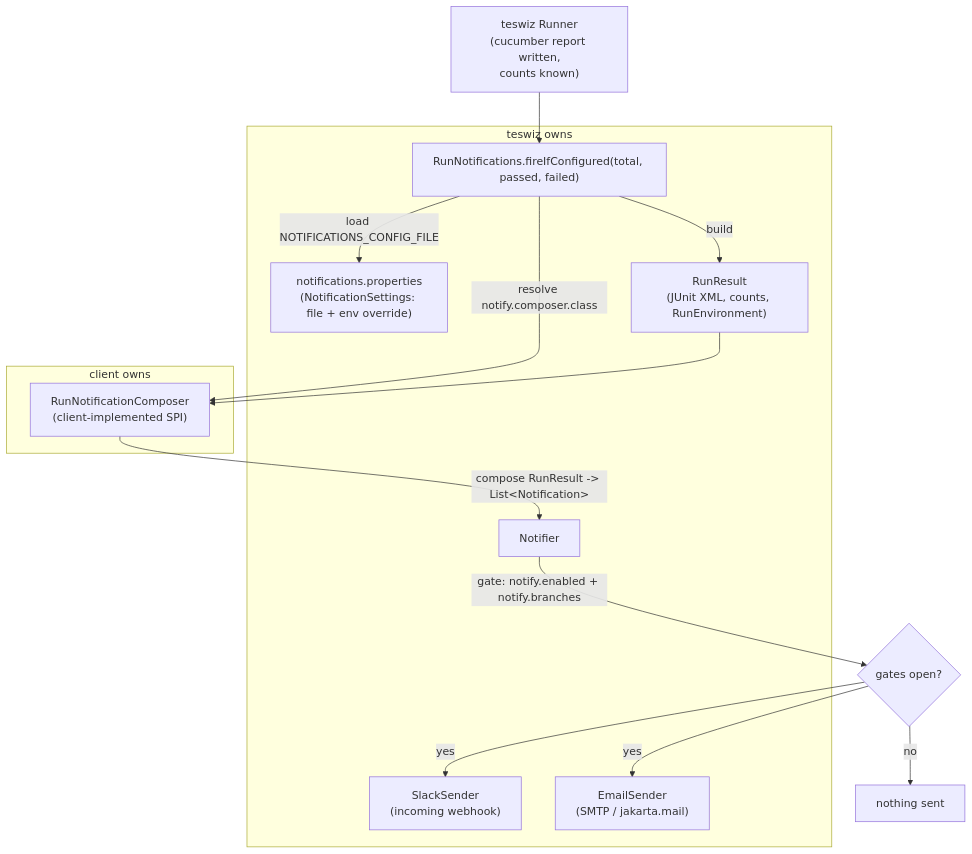
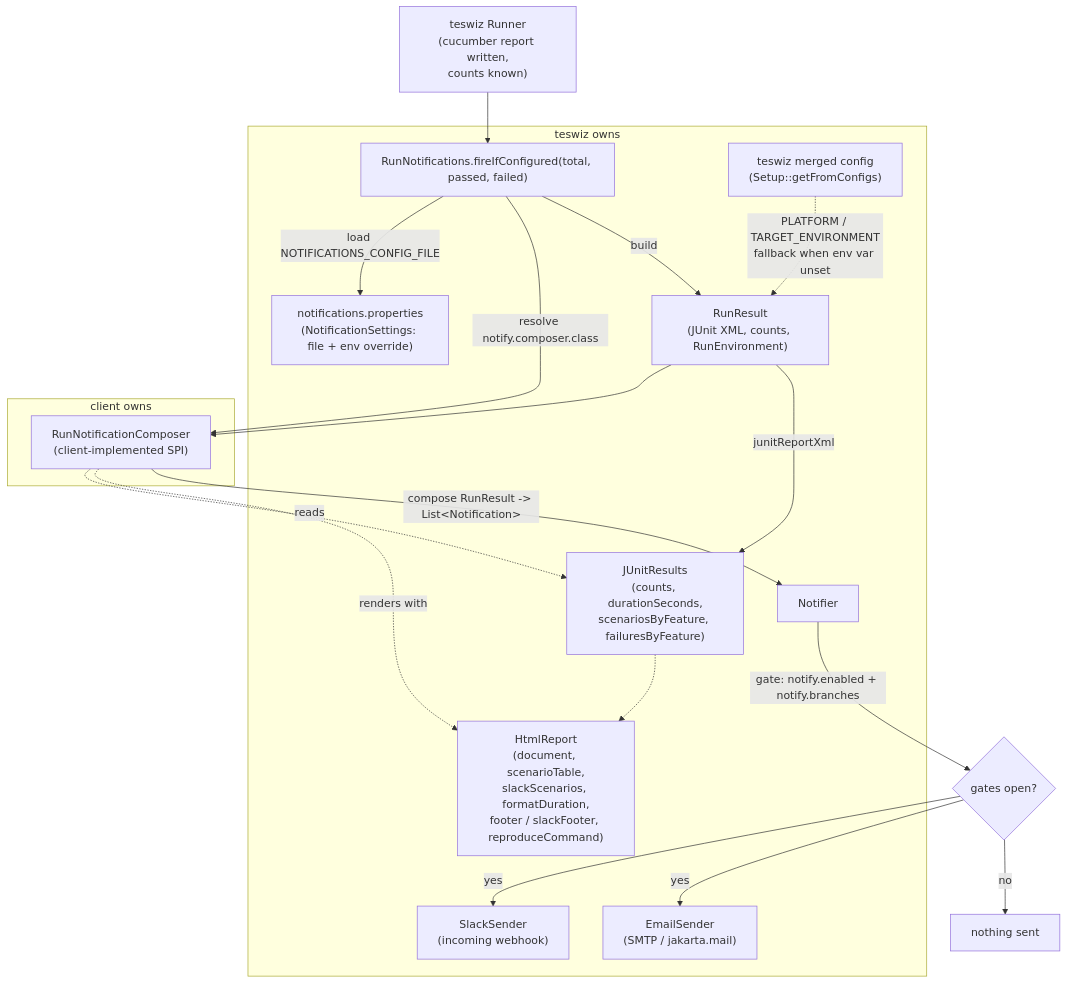
One commit to anandbagmar/teswiz changed the diagram in docs/subsystems/run-notifications.md. Above: the diagram before and after it, drawn with Mermaid. The commit also changed other lines of this file and 4 other files, not shown here.

First line of the commit message:
Update docs and diagrams for 1.0.47 and 1.0.48 changes

````diff
--- a/docs/subsystems/run-notifications.md
+++ b/docs/subsystems/run-notifications.md
@@ -24,25 +24,33 @@
 ```mermaid
 flowchart TD
     RUN["teswiz Runner\n(cucumber report written,\ncounts known)"] --> FIRE["RunNotifications.fireIfConfigured(total, passed, failed)"]
     FIRE -->|load NOTIFICATIONS_CONFIG_FILE| SET["notifications.properties\n(NotificationSettings: file + env override)"]
     FIRE -->|resolve notify.composer.class| COMP["RunNotificationComposer\n(client-implemented SPI)"]
     FIRE -->|build| RR["RunResult\n(JUnit XML, counts, RunEnvironment)"]
+    CFG["teswiz merged config\n(Setup::getFromConfigs)"] -.->|"PLATFORM / TARGET_ENVIRONMENT\nfallback when env var unset"| RR
     RR --> COMP
+    RR -->|junitReportXml| JUR["JUnitResults\n(counts, durationSeconds,\nscenariosByFeature, failuresByFeature)"]
+    COMP -.->|reads| JUR
+    COMP -.->|renders with| HTMLR["HtmlReport\n(document, scenarioTable,\nslackScenarios, formatDuration,\nfooter / slackFooter, reproduceCommand)"]
+    JUR -.-> HTMLR
     COMP -->|compose RunResult -> List&lt;Notification&gt;| NTF["Notifier"]
     NTF -->|gate: notify.enabled + notify.branches| GATE{"gates open?"}
     GATE -->|no| NOOP["nothing sent"]
     GATE -->|yes| SLACK["SlackSender\n(incoming webhook)"]
     GATE -->|yes| EMAIL["EmailSender\n(SMTP / jakarta.mail)"]
 
     subgraph TESWIZ_OWNS["teswiz owns"]
         FIRE
         SET
         NTF
         SLACK
         EMAIL
         RR
+        CFG
+        JUR
+        HTMLR
     end
     subgraph CLIENT_OWNS["client owns"]
         COMP
     end
 ```
````
